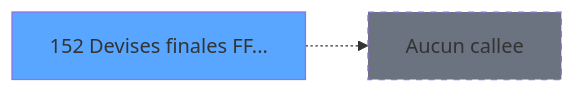
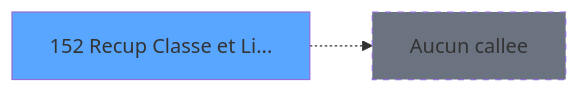
Before and after one commit to thonyAGP/lecteur-magic: the third of 3 diagrams in .openspec/specs/ADH-IDE-152.md, drawn with Mermaid. The commit also changed other lines of this file and 493 other files, not shown here.

````diff
--- a/.openspec/specs/ADH-IDE-152.md
+++ b/.openspec/specs/ADH-IDE-152.md
@@ -168,8 +326,8 @@
 ```mermaid
 graph LR
-    T152[152 Devises finales FF...]
+    T152[152 Recup Classe et Li...]
     style T152 fill:#58a6ff
     NONE[Aucun callee]
     T152 -.-> NONE
     style NONE fill:#6b7280,stroke-dasharray: 5 5
 ```
````
